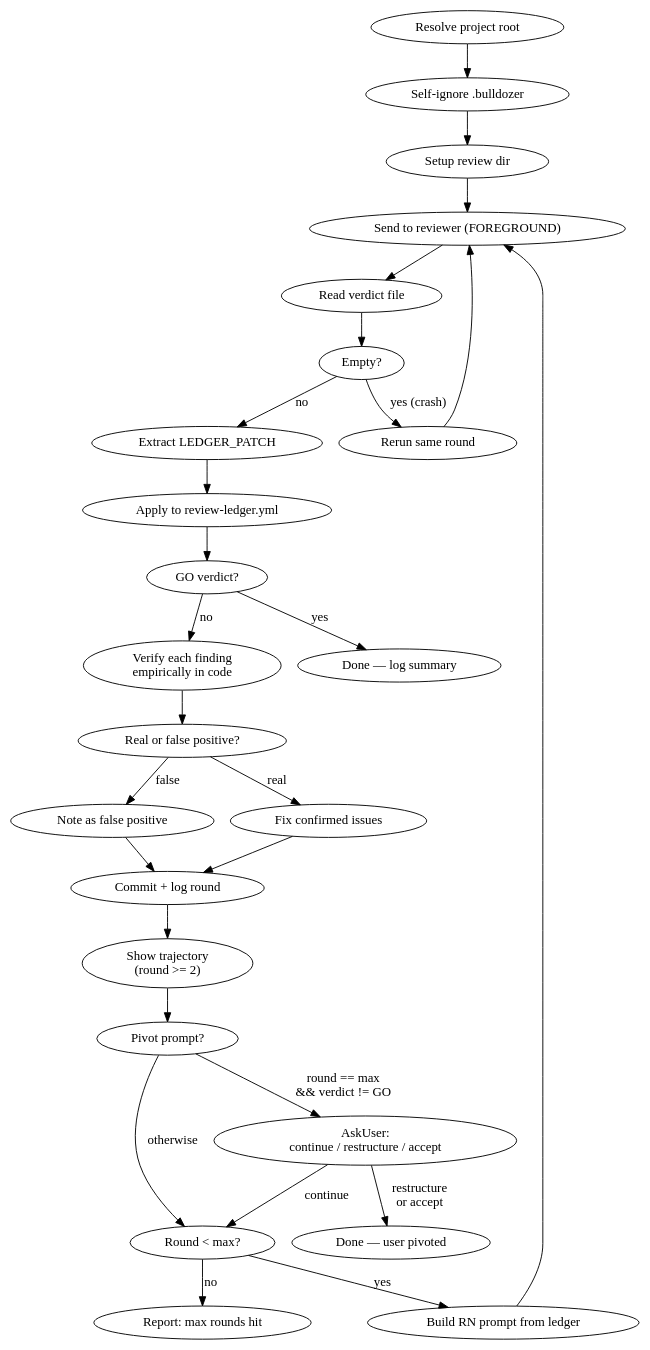
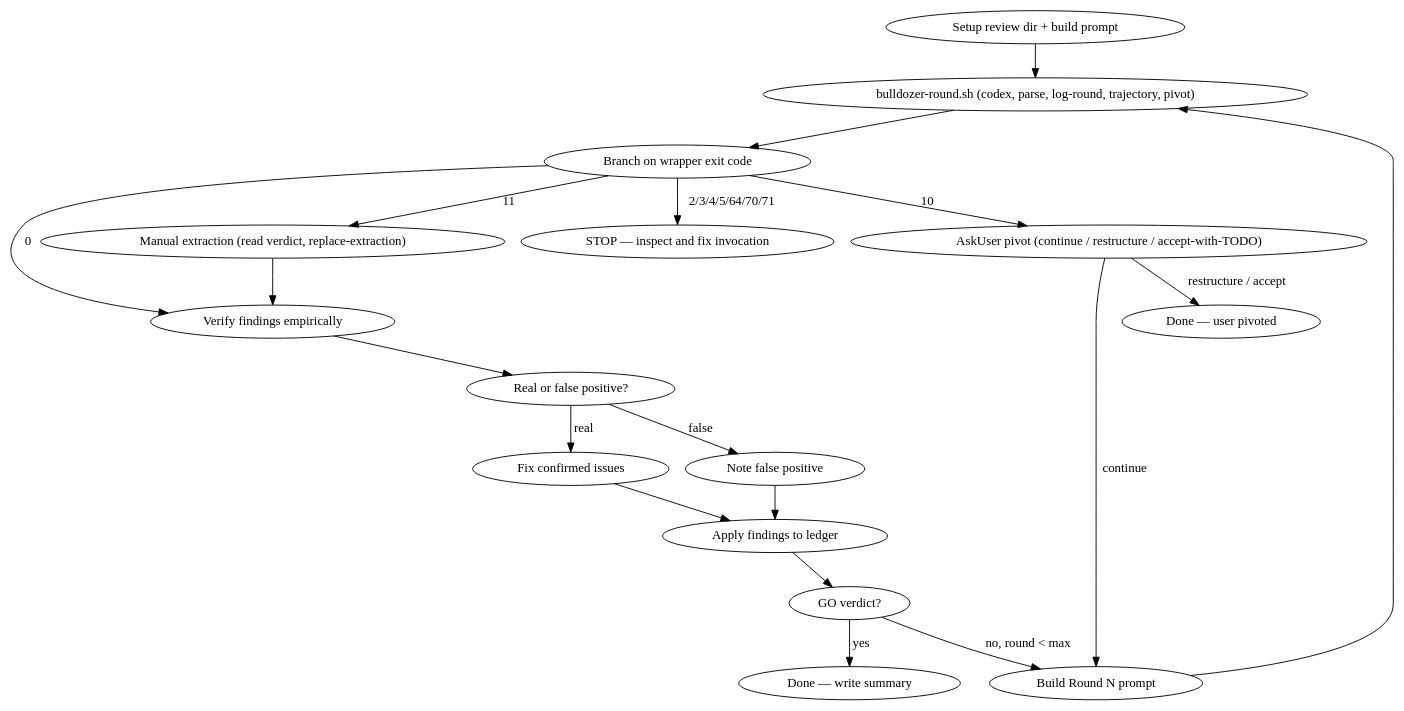
The diagram in plugins/bulldozer/skills/check/SKILL.md (A3IO/jaine-custom-marketplace), drawn with Graphviz before and after one commit. The commit also changed other lines of this file and 93 other files, not shown here.

````diff
--- a/plugins/bulldozer/skills/check/SKILL.md
+++ b/plugins/bulldozer/skills/check/SKILL.md
@@ -117,31 +119,23 @@
 ```dot
 digraph review_loop {
   rankdir=TB;
-  "Resolve project root" -> "Self-ignore .bulldozer";
-  "Self-ignore .bulldozer" -> "Setup review dir";
-  "Setup review dir" -> "Send to reviewer (FOREGROUND)";
-  "Send to reviewer (FOREGROUND)" -> "Read verdict file";
-  "Read verdict file" -> "Empty?" [label=""];
-  "Empty?" -> "Rerun same round" [label="yes (crash)"];
-  "Rerun same round" -> "Send to reviewer (FOREGROUND)";
-  "Empty?" -> "Extract LEDGER_PATCH" [label="no"];
-  "Extract LEDGER_PATCH" -> "Apply to review-ledger.yml";
-  "Apply to review-ledger.yml" -> "GO verdict?";
-  "GO verdict?" -> "Done — log summary" [label="yes"];
-  "GO verdict?" -> "Verify each finding\nempirically in code" [label="no"];
-  "Verify each finding\nempirically in code" -> "Real or false positive?";
+  "Setup review dir + build prompt" -> "bulldozer-round.sh (codex, parse, log-round, trajectory, pivot)";
+  "bulldozer-round.sh (codex, parse, log-round, trajectory, pivot)" -> "Branch on wrapper exit code";
+  "Branch on wrapper exit code" -> "Verify findings empirically" [label="0"];
+  "Branch on wrapper exit code" -> "Manual extraction (read verdict, replace-extraction)" [label="11"];
+  "Branch on wrapper exit code" -> "STOP — inspect and fix invocation" [label="2/3/4/5/64/70/71"];
+  "Branch on wrapper exit code" -> "AskUser pivot (continue / restructure / accept-with-TODO)" [label="10"];
+  "Manual extraction (read verdict, replace-extraction)" -> "Verify findings empirically";
+  "Verify findings empirically" -> "Real or false positive?";
   "Real or false positive?" -> "Fix confirmed issues" [label="real"];
-  "Real or false positive?" -> "Note as false positive" [label="false"];
-  "Fix confirmed issues" -> "Commit + log round";
-  "Note as false positive" -> "Commit + log round";
-  "Commit + log round" -> "Show trajectory\n(round >= 2)";
-  "Show trajectory\n(round >= 2)" -> "Pivot prompt?" [label=""];
-  "Pivot prompt?" -> "AskUser:\ncontinue / restructure / accept" [label="round == max\n&& verdict != GO"];
-  "Pivot prompt?" -> "Round < max?" [label="otherwise"];
-  "AskUser:\ncontinue / restructure / accept" -> "Round < max?" [label="continue"];
-  "AskUser:\ncontinue / restructure / accept" -> "Done — user pivoted" [label="restructure\nor accept"];
-  "Round < max?" -> "Build RN prompt from ledger" [label="yes"];
-  "Build RN prompt from ledger" -> "Send to reviewer (FOREGROUND)";
-  "Round < max?" -> "Report: max rounds hit" [label="no"];
+  "Real or false positive?" -> "Note false positive" [label="false"];
+  "Fix confirmed issues" -> "Apply findings to ledger";
+  "Note false positive" -> "Apply findings to ledger";
+  "Apply findings to ledger" -> "GO verdict?";
+  "GO verdict?" -> "Done — write summary" [label="yes"];
+  "GO verdict?" -> "Build Round N prompt" [label="no, round < max"];
+  "Build Round N prompt" -> "bulldozer-round.sh (codex, parse, log-round, trajectory, pivot)";
+  "AskUser pivot (continue / restructure / accept-with-TODO)" -> "Build Round N prompt" [label="continue"];
+  "AskUser pivot (continue / restructure / accept-with-TODO)" -> "Done — user pivoted" [label="restructure / accept"];
 }
 ```
````
